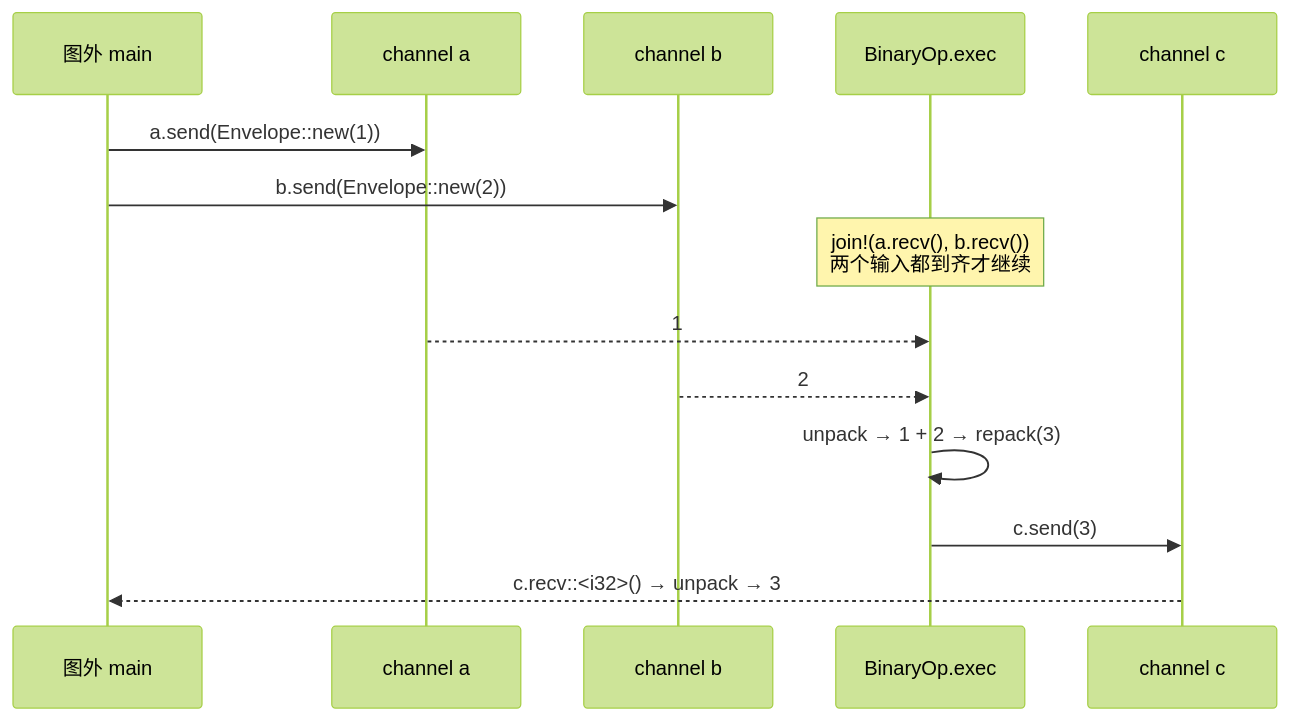
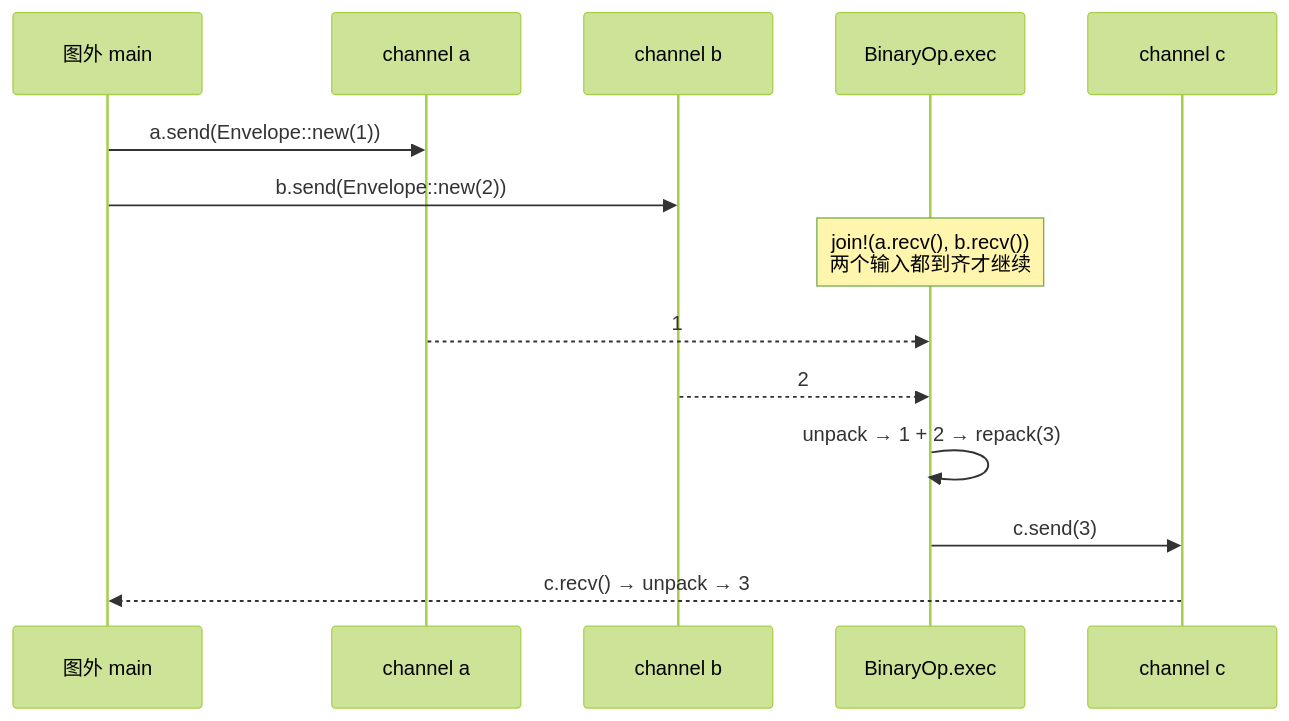
Before and after one commit to zhenbodou/megflow_rebuild: the diagram in book/src/part0/ch03-reference.md, drawn with Mermaid (forest theme). The commit also changed other lines of this file, not shown here.

Commit message:
Part0: Ch0.3 修订——契约表核心宏口径对齐 spec §2.2（7 节点写法宏 + add_cvt_func = 8 核心实现），删「等」字歧义，mermaid 标签去尖括号防幻影 HTML

````diff
--- a/book/src/part0/ch03-reference.md
+++ b/book/src/part0/ch03-reference.md
@@ -194,16 +194,16 @@
 ```mermaid
 sequenceDiagram
     participant Main as 图外 main
     participant Ca as channel a
     participant Cb as channel b
     participant Node as BinaryOp.exec
     participant Cc as channel c
     Main->>Ca: a.send(Envelope::new(1))
     Main->>Cb: b.send(Envelope::new(2))
     Note over Node: join!(a.recv(), b.recv())<br/>两个输入都到齐才继续
     Ca-->>Node: 1
     Cb-->>Node: 2
     Node->>Node: unpack → 1 + 2 → repack(3)
     Node->>Cc: c.send(3)
-    Cc-->>Main: c.recv::<i32>() → unpack → 3
+    Cc-->>Main: c.recv() → unpack → 3
 ```
````
